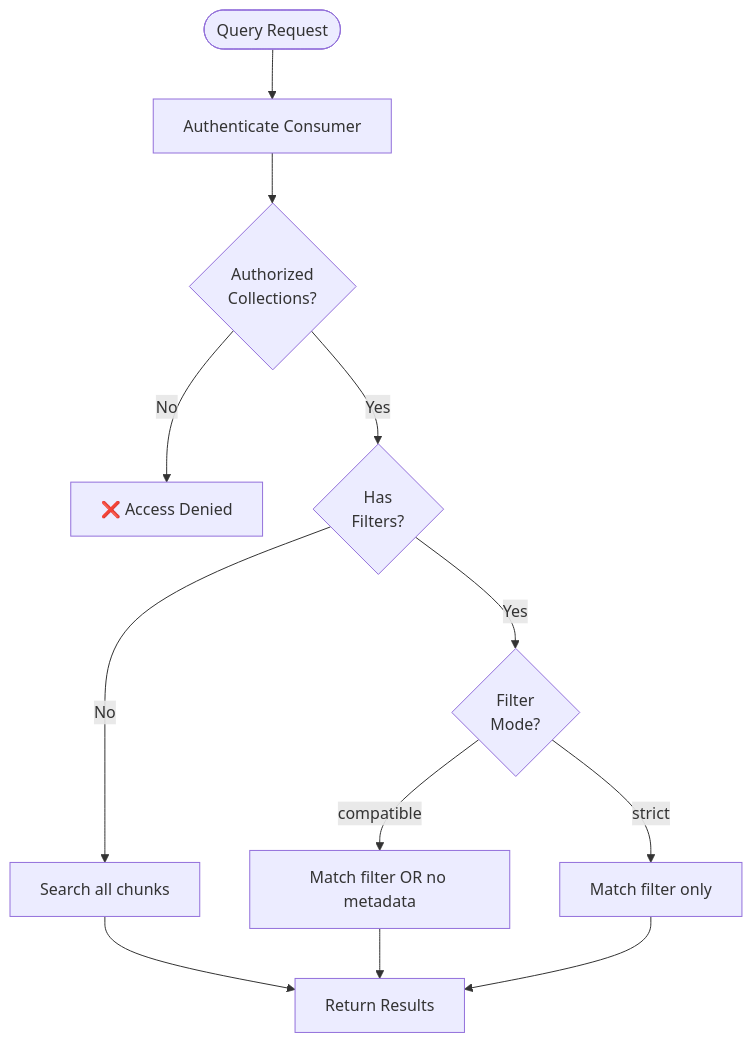
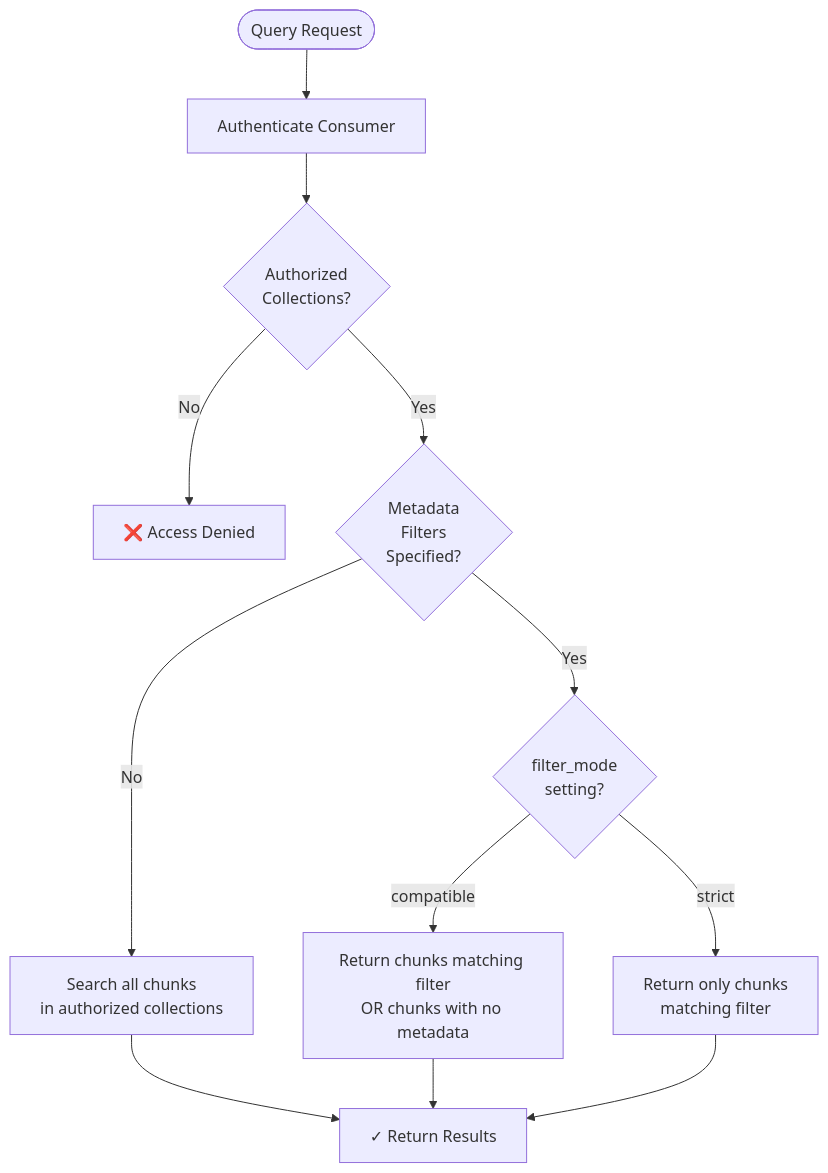
Before and after one commit to Kong/developer.konghq.com: the third of 3 diagrams in app/_kong_plugins/ai-rag-injector/index.md, drawn with Mermaid. The commit also changed other lines of this file and 1 other file, not shown here.

```diff
--- a/app/_kong_plugins/ai-rag-injector/index.md
+++ b/app/_kong_plugins/ai-rag-injector/index.md
@@ -386,14 +393,14 @@
 {% mermaid %}
 flowchart TB
     Start([Query Request]) --> Auth[Authenticate Consumer]
     Auth --> CheckACL{Authorized<br/>Collections?}
     CheckACL -->|No| Deny[❌ Access Denied]
-    CheckACL -->|Yes| HasFilter{Has<br/>Filters?}
-    HasFilter -->|No| SearchAll[Search all chunks]
-    HasFilter -->|Yes| FilterMode{Filter<br/>Mode?}
-    FilterMode -->|compatible| SearchCompat[Match filter OR no metadata]
-    FilterMode -->|strict| SearchStrict[Match filter only]
-    SearchAll --> Return[Return Results]
+    CheckACL -->|Yes| HasFilter{Metadata<br/>Filters<br/>Specified?}
+    HasFilter -->|No| SearchAll[Search all chunks<br/>in authorized collections]
+    HasFilter -->|Yes| FilterMode{filter_mode<br/>setting?}
+    FilterMode -->|compatible| SearchCompat[Return chunks matching filter<br/>OR chunks with no metadata]
+    FilterMode -->|strict| SearchStrict[Return only chunks<br/>matching filter]
+    SearchAll --> Return[✓ Return Results]
     SearchCompat --> Return
     SearchStrict --> Return
 {% endmermaid %}
```
